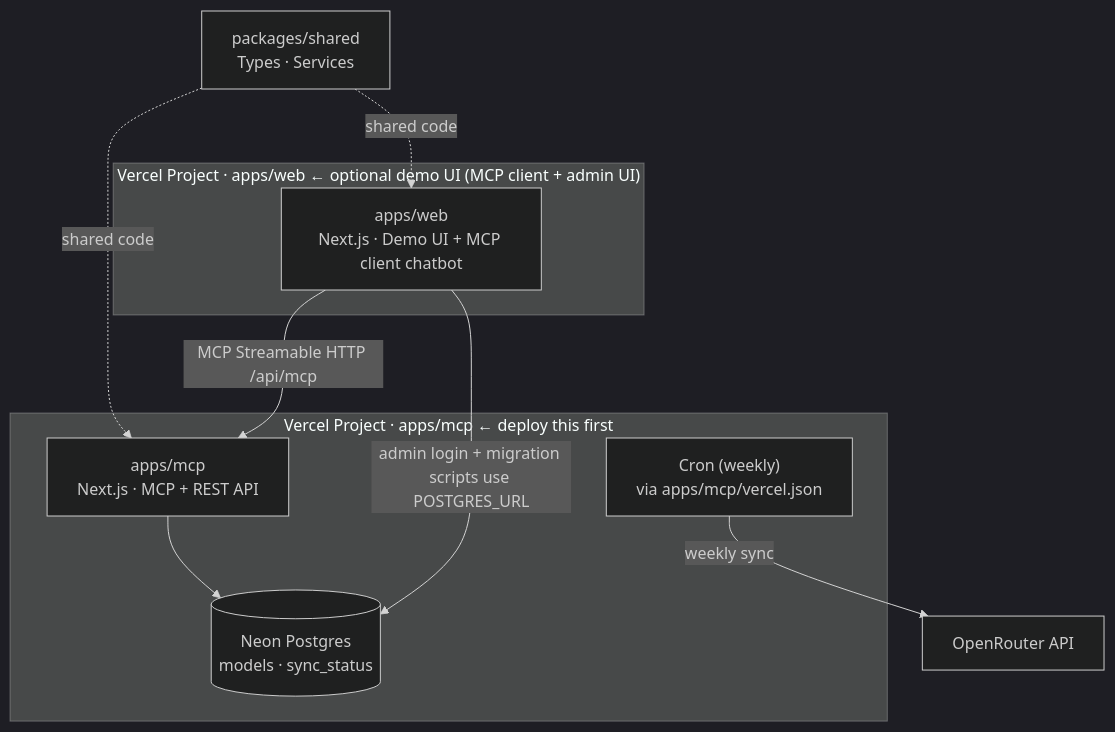
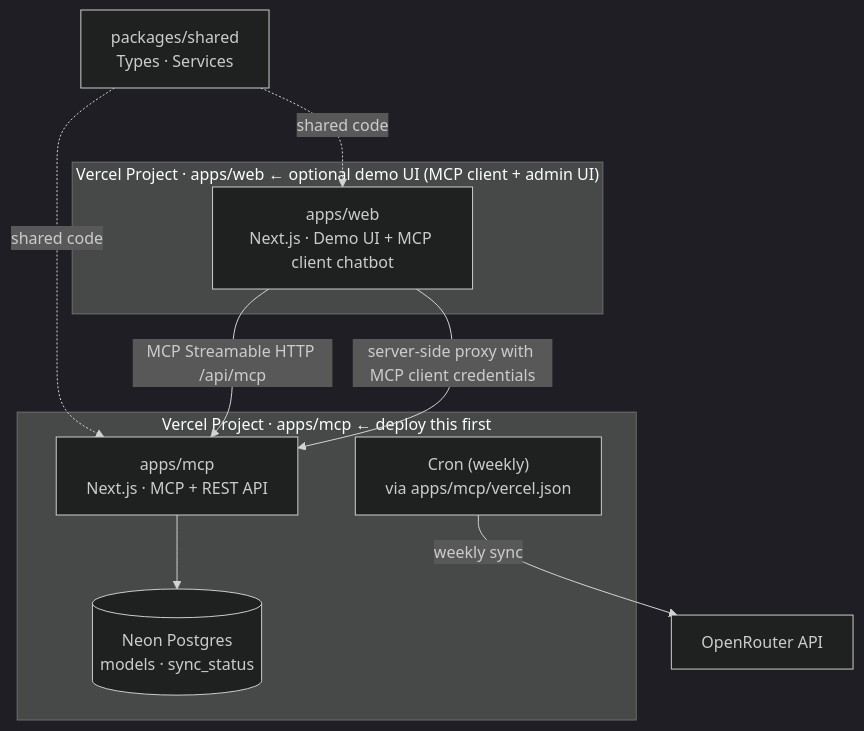
The diagram in README.md (tj60647/openrouter-mcp-registry), drawn with Mermaid (dark theme) before and after one commit. The commit also changed other lines of this file and 20 other files, not shown here.

````diff
--- a/README.md
+++ b/README.md
@@ -27,23 +27,23 @@
 ```mermaid
 graph TD
     shared["packages/shared\nTypes · Services"]
 
     subgraph mcp_deploy["Vercel Project · apps/mcp  ← deploy this first"]
         mcpApp["apps/mcp\nNext.js · MCP + REST API"]
         db[("Neon Postgres\nmodels · sync_status")]
         cron["Cron (weekly)\nvia apps/mcp/vercel.json"]
     end
 
     subgraph web_deploy["Vercel Project · apps/web  ← optional demo UI (MCP client + admin UI)"]
         webApp["apps/web\nNext.js · Demo UI + MCP client chatbot"]
     end
 
     openrouter["OpenRouter API"]
 
     shared -.->|shared code| mcpApp
     shared -.->|shared code| webApp
     mcpApp --> db
     webApp -->|MCP Streamable HTTP /api/mcp| mcpApp
-    webApp -->|admin login + migration scripts use POSTGRES_URL| db
+    webApp -->|server-side proxy with MCP client credentials| mcpApp
     cron -->|weekly sync| openrouter
 ```
````
